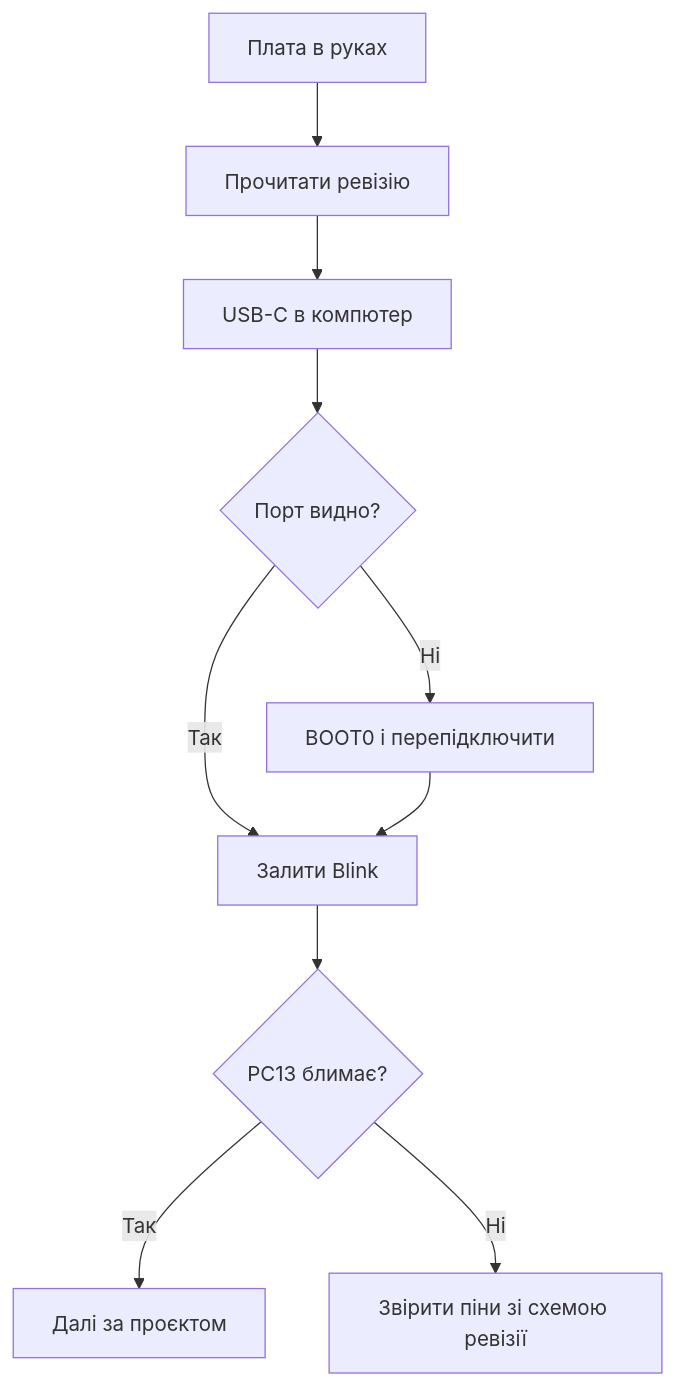
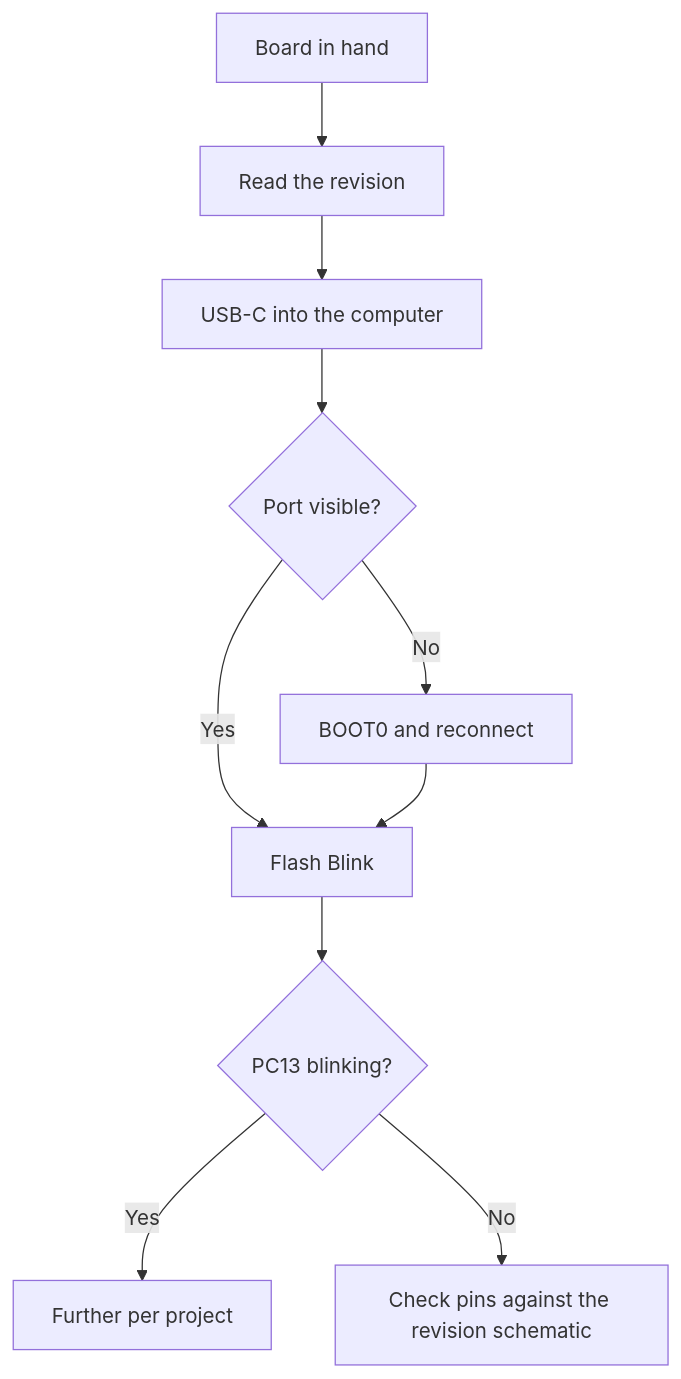
Before and after one commit to ksalab/embedded-reference: the diagram in obsidian_vault/STM32-Reference/EN/14-Devboards/05-WeAct.en.md, drawn with Mermaid. The commit also changed other lines of this file and 76 other files, not shown here.

````diff
--- a/obsidian_vault/STM32-Reference/EN/14-Devboards/05-WeAct.en.md
+++ b/obsidian_vault/STM32-Reference/EN/14-Devboards/05-WeAct.en.md
@@ -59,12 +59,12 @@
 ```mermaid
 flowchart TB
-    Q[Плата в руках] --> REV[Прочитати ревізію]
-    REV --> USB[USB-C в компютер]
-    USB --> PORT{Порт видно?}
-    PORT -->|Ні| DFU[BOOT0 і перепідключити]
-    PORT -->|Так| BLINK[Залити Blink]
+    Q[Board in hand] --> REV[Read the revision]
+    REV --> USB[USB-C into the computer]
+    USB --> PORT{Port visible?}
+    PORT -->|No| DFU[BOOT0 and reconnect]
+    PORT -->|Yes| BLINK[Flash Blink]
     DFU --> BLINK
-    BLINK --> LED{PC13 блимає?}
-    LED -->|Так| NEXT[Далі за проєктом]
-    LED -->|Ні| SCH[Звірити піни зі схемою ревізії]
+    BLINK --> LED{PC13 blinking?}
+    LED -->|Yes| NEXT[Further per project]
+    LED -->|No| SCH[Check pins against the revision schematic]
 ```
````
